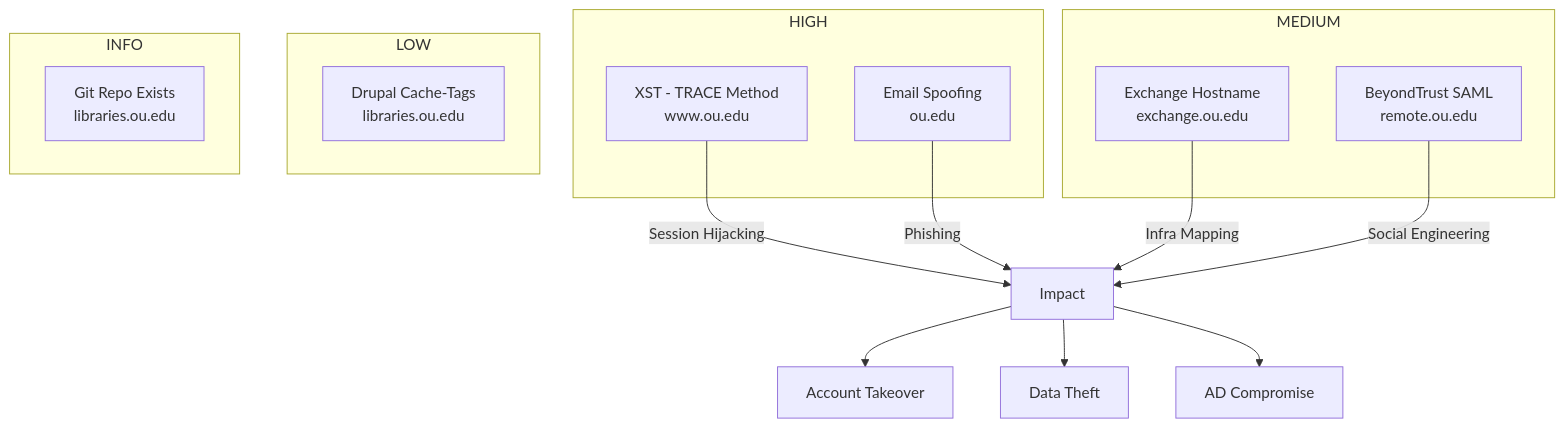
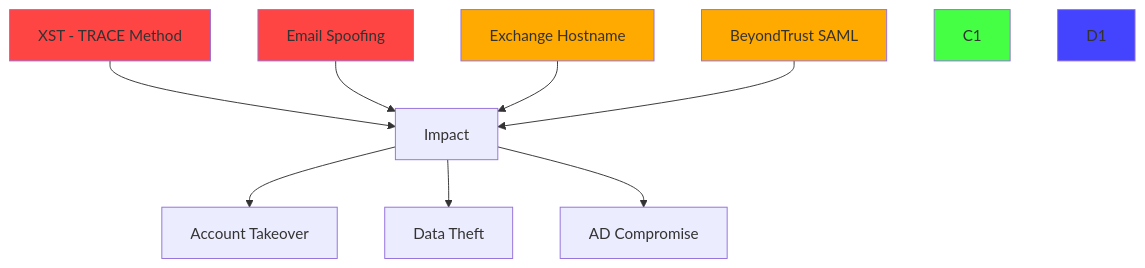
The third of 3 diagrams in README.md (ykrishhh/ou-hunt-report), drawn with Mermaid before and after one commit. The commit also changed other lines of this file, not shown here.

Commit message:
fix: simplify mermaid syntax for GitHub rendering

````diff
--- a/README.md
+++ b/README.md
@@ -63,28 +52,17 @@
 ```mermaid
 graph TD
-    subgraph "HIGH"
-        A1[XST - TRACE Method<br/>www.ou.edu]
-        A2[Email Spoofing<br/>ou.edu]
-    end
-    
-    subgraph "MEDIUM"
-        B1[Exchange Hostname<br/>exchange.ou.edu]
-        B2[BeyondTrust SAML<br/>remote.ou.edu]
-    end
-    
-    subgraph "LOW"
-        C1[Drupal Cache-Tags<br/>libraries.ou.edu]
-    end
-    
-    subgraph "INFO"
-        D1[Git Repo Exists<br/>libraries.ou.edu]
-    end
-    
-    A1 -->|Session Hijacking| E[Impact]
-    A2 -->|Phishing| E
-    B1 -->|Infra Mapping| E
-    B2 -->|Social Engineering| E
+    A1[XST - TRACE Method] --> E[Impact]
+    A2[Email Spoofing] --> E
+    B1[Exchange Hostname] --> E
+    B2[BeyondTrust SAML] --> E
     E --> F[Account Takeover]
     E --> G[Data Theft]
     E --> H[AD Compromise]
+
+    style A1 fill:#ff4444
+    style A2 fill:#ff4444
+    style B1 fill:#ffaa00
+    style B2 fill:#ffaa00
+    style C1 fill:#44ff44
+    style D1 fill:#4444ff
 ```
````
